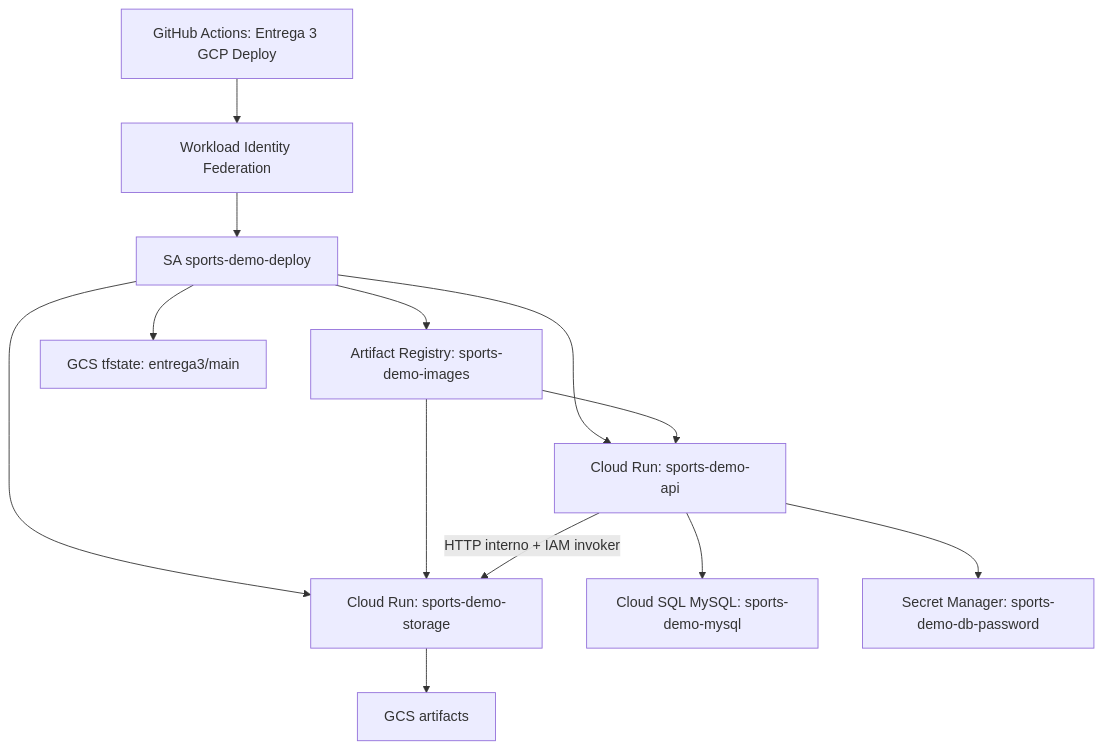
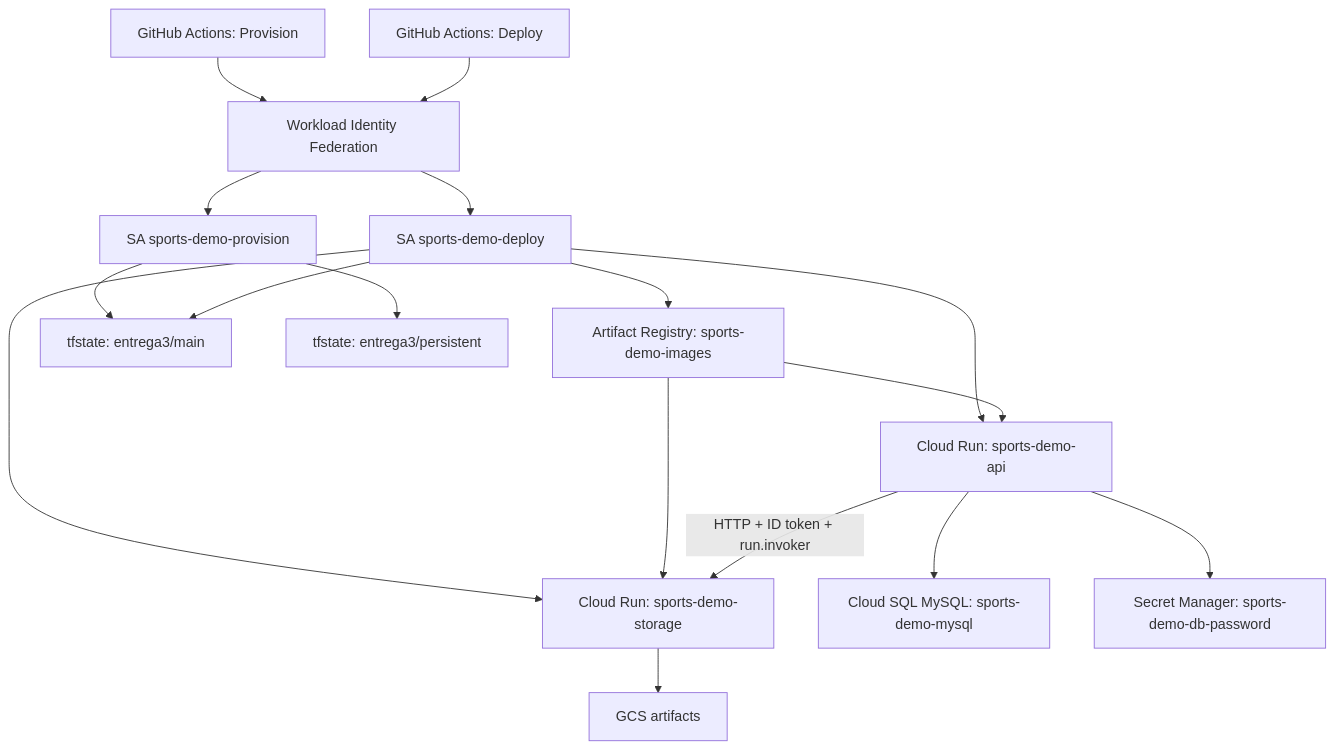
The first of 2 diagrams in README.md (JarrisonLopez/sports-tournaments-api), drawn with Mermaid before and after one commit. The commit also changed other lines of this file, not shown here.

Commit message:
📝 docs: document GCP infrastructure and recovery workflows

````diff
--- a/README.md
+++ b/README.md
@@ -50,26 +62,33 @@
 ```mermaid
 flowchart TD
-  GHA["GitHub Actions: Entrega 3 GCP Deploy"]
+  Prov["GitHub Actions: Provision"]
+  Deploy["GitHub Actions: Deploy"]
   WIF["Workload Identity Federation"]
+  ProvSA["SA sports-demo-provision"]
   DeploySA["SA sports-demo-deploy"]
   AR["Artifact Registry: sports-demo-images"]
   Sports["Cloud Run: sports-demo-api"]
   Storage["Cloud Run: sports-demo-storage"]
   SQL["Cloud SQL MySQL: sports-demo-mysql"]
   SM["Secret Manager: sports-demo-db-password"]
   GCS["GCS artifacts"]
-  State["GCS tfstate: entrega3/main"]
+  StateMain["tfstate: entrega3/main"]
+  StatePers["tfstate: entrega3/persistent"]
 
-  GHA --> WIF
+  Prov --> WIF
+  Deploy --> WIF
+  WIF --> ProvSA
   WIF --> DeploySA
+  ProvSA --> StateMain
+  DeploySA --> StateMain
+  ProvSA --> StatePers
   DeploySA --> AR
   DeploySA --> Sports
   DeploySA --> Storage
-  DeploySA --> State
   AR --> Sports
   AR --> Storage
-  Sports -->|"HTTP interno + IAM invoker"| Storage
+  Sports -->|"HTTP + ID token + run.invoker"| Storage
   Sports --> SQL
   Sports --> SM
   Storage --> GCS
 ```
````
